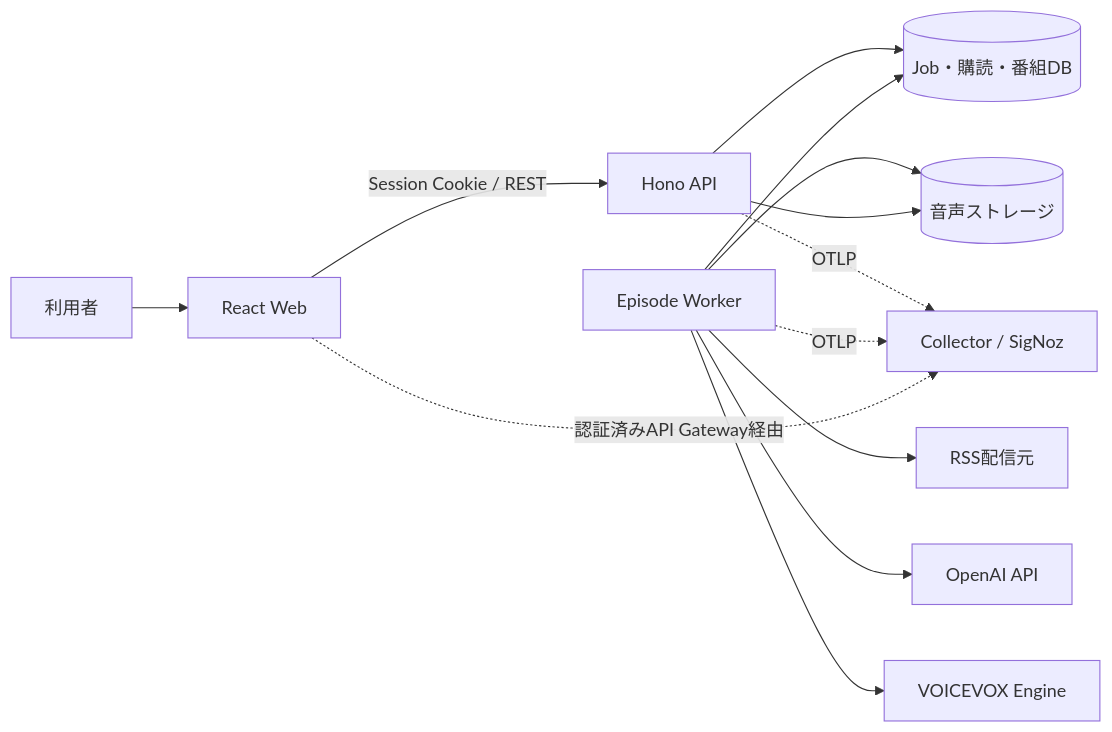
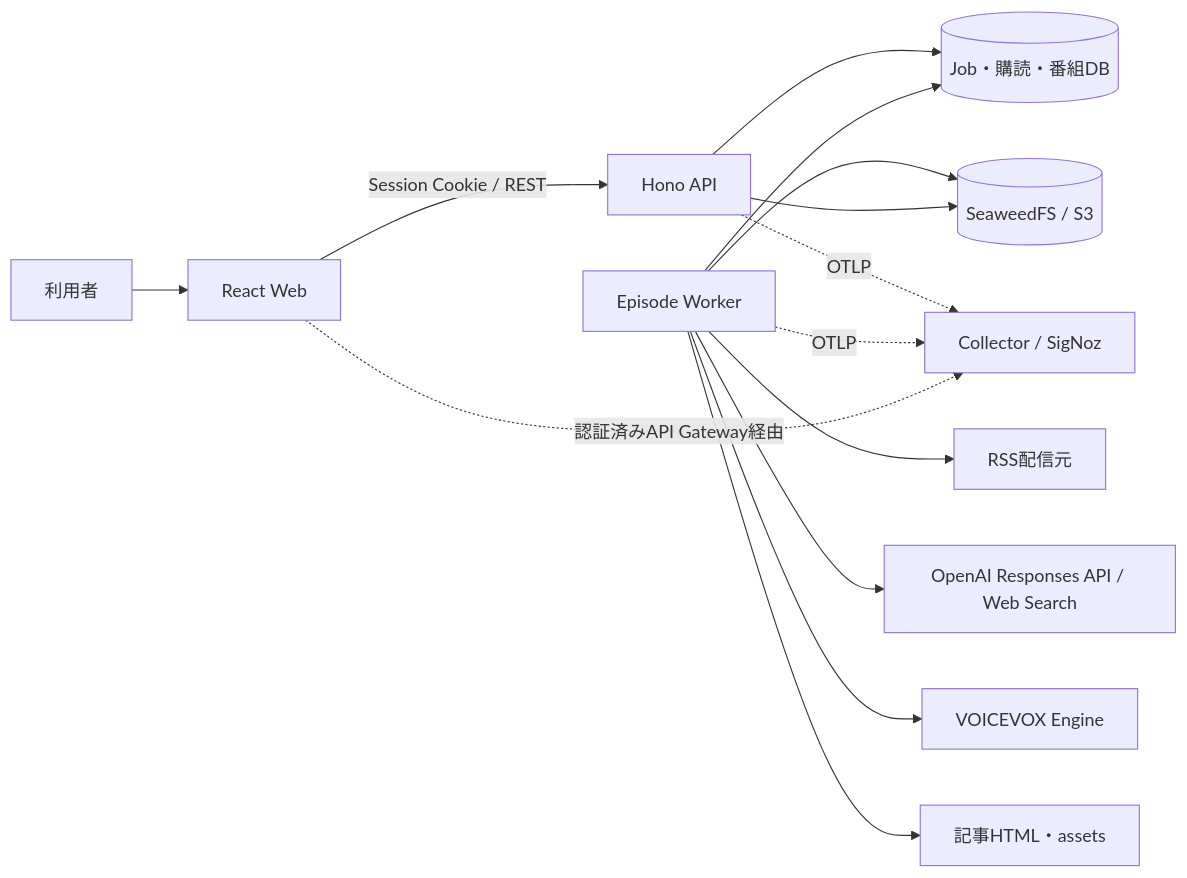
One commit to r4ai/news-podcast changed the first of 7 diagrams in docs/architecture.md. Above: the diagram before and after it, drawn with Mermaid. The commit also changed other lines of this file and 49 other files, not shown here.

````diff
--- a/docs/architecture.md
+++ b/docs/architecture.md
@@ -20,15 +20,16 @@
 ```mermaid
 flowchart LR
   User["利用者"] --> Web["React Web"]
   Web -->|"Session Cookie / REST"| API["Hono API"]
   API --> DB[("Job・購読・番組DB")]
   Worker["Episode Worker"] --> DB
   Worker --> RSS["RSS配信元"]
-  Worker --> OpenAI["OpenAI API"]
+  Worker --> OpenAI["OpenAI Responses API / Web Search"]
   Worker --> Voicevox["VOICEVOX Engine"]
-  Worker --> Audio[("音声ストレージ")]
-  API --> Audio
+  Worker --> Objects[("SeaweedFS / S3")]
+  API --> Objects
+  Worker --> Articles["記事HTML・assets"]
   API -.->|"OTLP"| Obs["Collector / SigNoz"]
   Worker -.->|"OTLP"| Obs
   Web -.->|"認証済みAPI Gateway経由"| Obs
 ```
````
